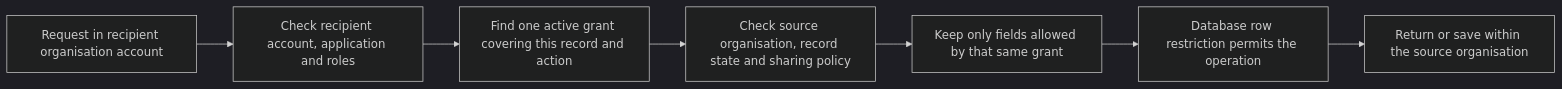
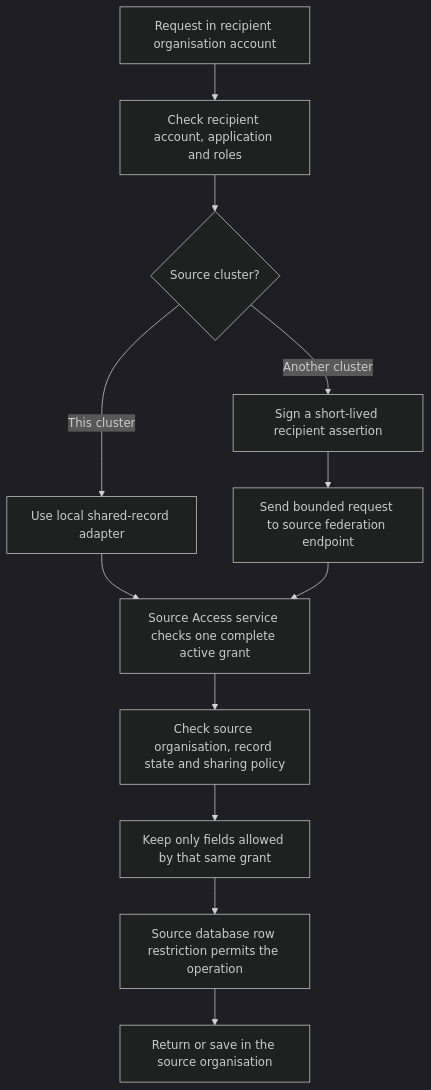
One commit to Abzum-NZ/Abzum-Vortex changed the second of 2 diagrams in docs/specification/04-access-and-permissions.md. Above: the diagram before and after it, drawn with Mermaid (dark theme). The commit also changed other lines of this file and 21 other files, not shown here.

Commit message:
Define cross-cluster Vortex federation

````diff
--- a/docs/specification/04-access-and-permissions.md
+++ b/docs/specification/04-access-and-permissions.md
@@ -91,9 +91,14 @@
 ```mermaid
-flowchart LR
+flowchart TD
     REQ[Request in recipient organisation account] --> LOCAL[Check recipient account, application and roles]
-    LOCAL --> GRANT[Find one active grant covering this record and action]
+    LOCAL --> ROUTE{Source cluster?}
+    ROUTE -- This cluster --> ADAPTER[Use local shared-record adapter]
+    ROUTE -- Another cluster --> SIGN[Sign a short-lived recipient assertion]
+    SIGN --> REMOTE[Send bounded request to source federation endpoint]
+    ADAPTER --> GRANT[Source Access service checks one complete active grant]
+    REMOTE --> GRANT
     GRANT --> SOURCE[Check source organisation, record state and sharing policy]
     SOURCE --> FIELDS[Keep only fields allowed by that same grant]
-    FIELDS --> DB[Database row restriction permits the operation]
-    DB --> RESULT[Return or save within the source organisation]
+    FIELDS --> DB[Source database row restriction permits the operation]
+    DB --> RESULT[Return or save in the source organisation]
 ```
````
